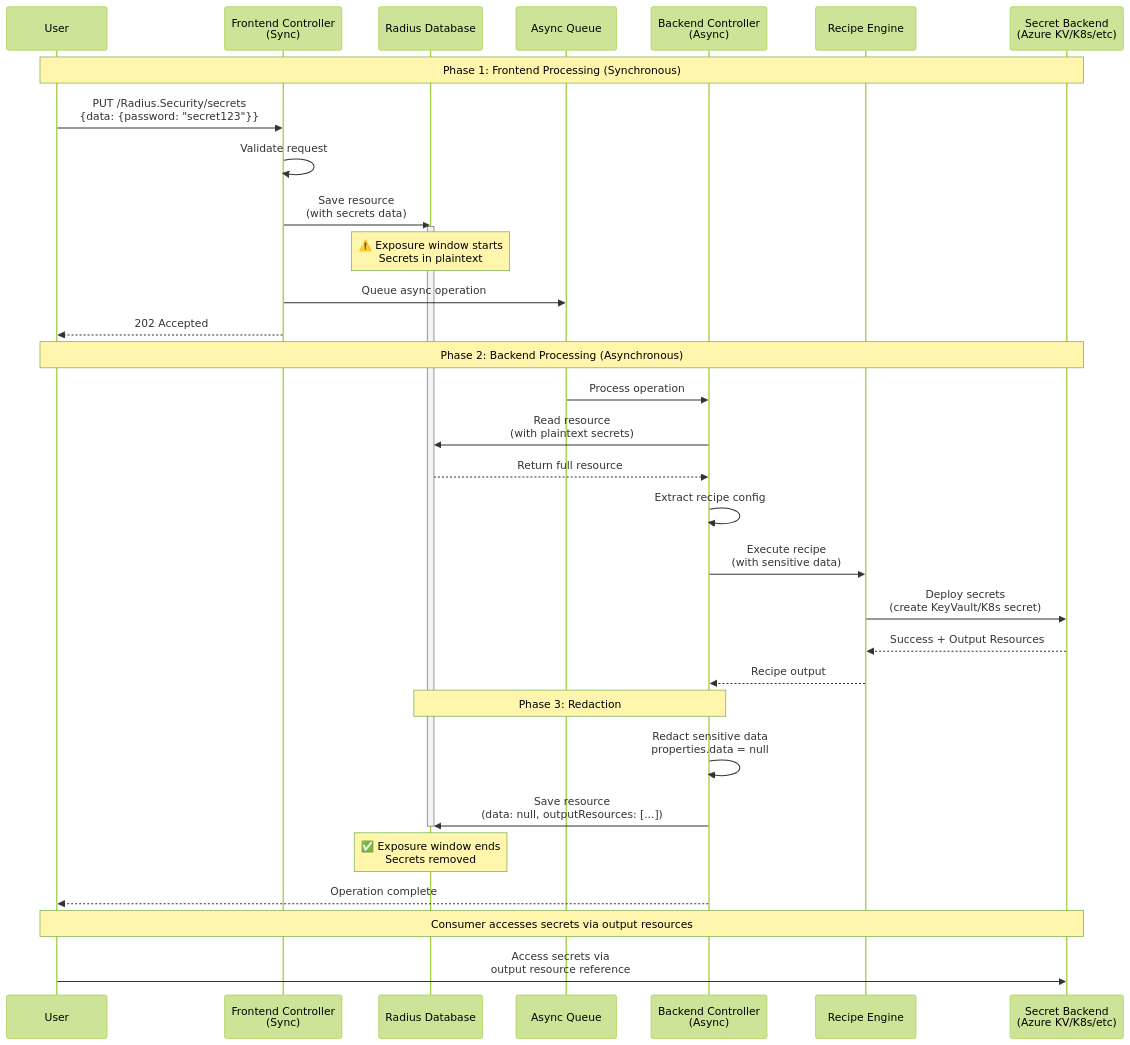
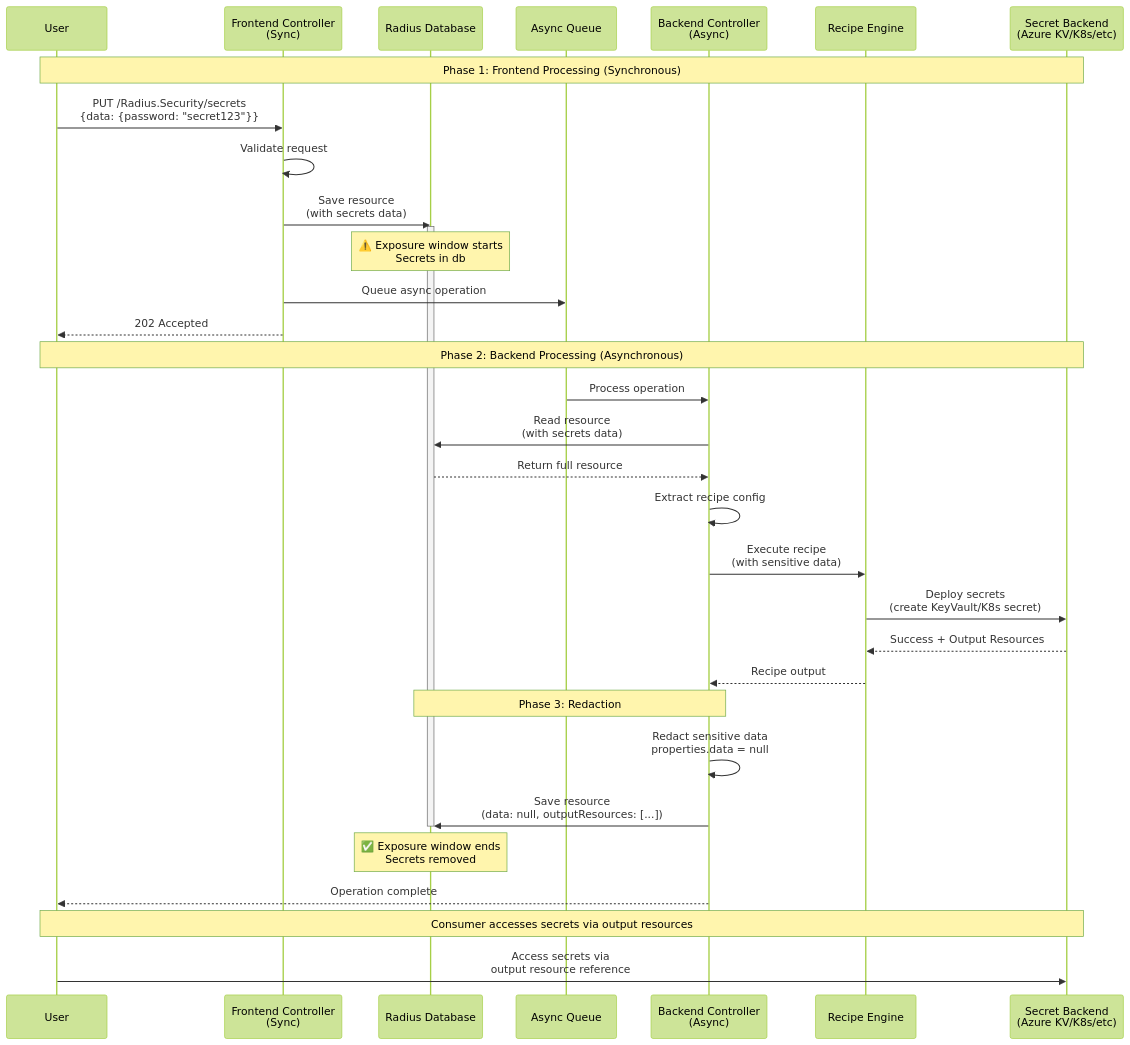
One commit to radius-project/design-notes changed the diagram in resources/2025-11-11-secrets-redactdata.md. Above: the diagram before and after it, drawn with Mermaid (forest theme). The commit also changed other lines of this file, not shown here.

````diff
--- a/resources/2025-11-11-secrets-redactdata.md
+++ b/resources/2025-11-11-secrets-redactdata.md
@@ -125,39 +112,39 @@
 ```mermaid
 sequenceDiagram
     participant User
     participant Frontend as Frontend Controller<br/>(Sync)
     participant DB as Radius Database
     participant Queue as Async Queue
     participant Backend as Backend Controller<br/>(Async)
     participant Recipe as Recipe Engine
     participant SecretStore as Secret Backend<br/>(Azure KV/K8s/etc)
 
     Note over User,SecretStore: Phase 1: Frontend Processing (Synchronous)
     User->>Frontend: PUT /Radius.Security/secrets<br/>{data: {password: "secret123"}}
     Frontend->>Frontend: Validate request
     Frontend->>DB: Save resource<br/>(with secrets data)
     activate DB
-    Note over DB: ⚠️ Exposure window starts<br/>Secrets in plaintext
+    Note over DB: ⚠️ Exposure window starts<br/>Secrets in db
     Frontend->>Queue: Queue async operation
     Frontend-->>User: 202 Accepted
 
     Note over User,SecretStore: Phase 2: Backend Processing (Asynchronous)
     Queue->>Backend: Process operation
-    Backend->>DB: Read resource<br/>(with plaintext secrets)
+    Backend->>DB: Read resource<br/>(with secrets data)
     DB-->>Backend: Return full resource
     Backend->>Backend: Extract recipe config
     Backend->>Recipe: Execute recipe<br/>(with sensitive data)
     Recipe->>SecretStore: Deploy secrets<br/>(create KeyVault/K8s secret)
     SecretStore-->>Recipe: Success + Output Resources
     Recipe-->>Backend: Recipe output
 
     Note over Backend,DB: Phase 3: Redaction
     Backend->>Backend: Redact sensitive data<br/>properties.data = null
     Backend->>DB: Save resource<br/>(data: null, outputResources: [...])
     deactivate DB
     Note over DB: ✅ Exposure window ends<br/>Secrets removed
     Backend-->>User: Operation complete
 
     Note over User,SecretStore: Consumer accesses secrets via output resources
     User->>SecretStore: Access secrets via<br/>output resource reference
 ```
````
